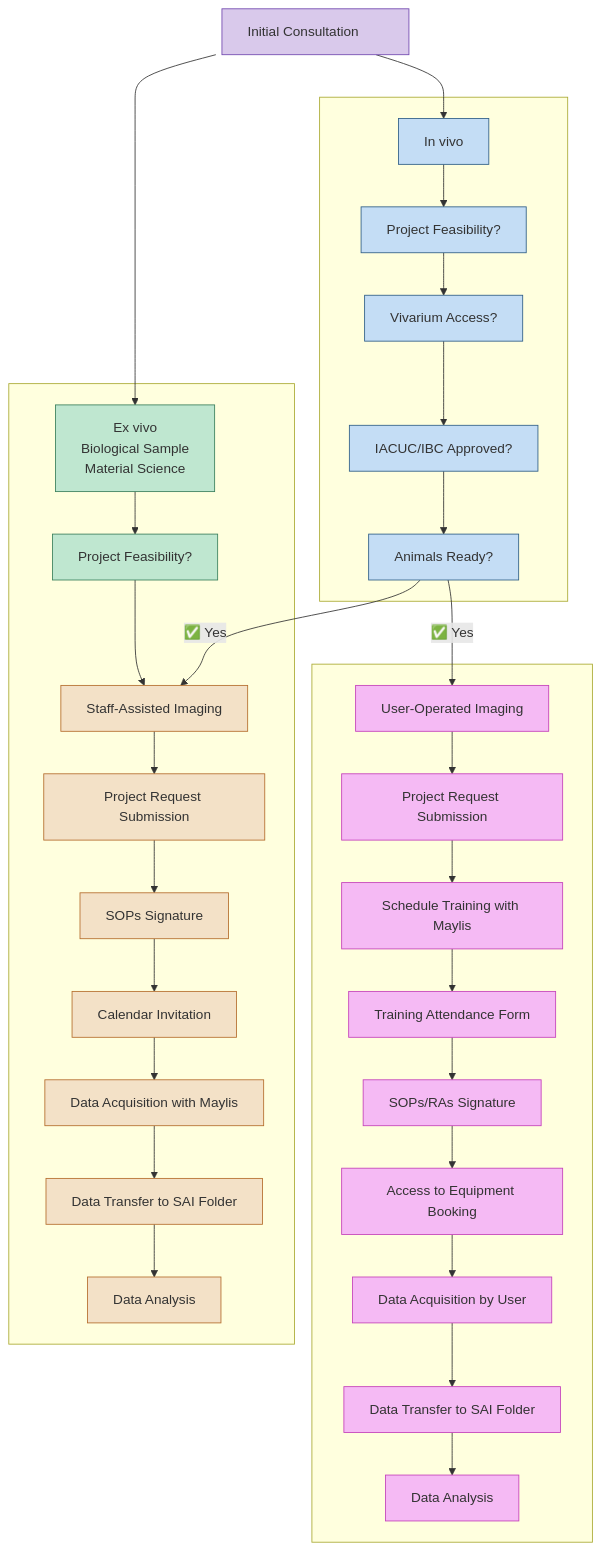
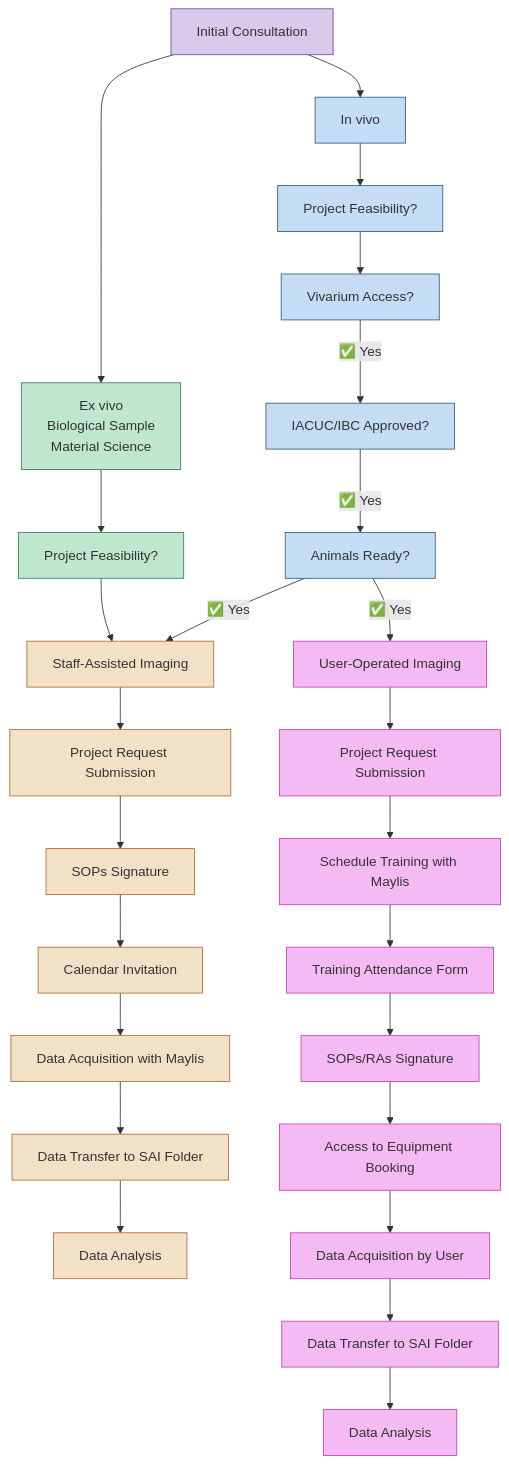
The diagram in docs/source/1-lab-overview/SAI_scheduling.rst (BioMedicalImaging-Core-NYUAD/smallanimalimaging-lab-documentation), drawn with Mermaid before and after one commit.

Commit message:
font, styling

```diff
--- a/docs/source/1-lab-overview/SAI_scheduling.rst
+++ b/docs/source/1-lab-overview/SAI_scheduling.rst
@@ -8,68 +8,68 @@
 .. mermaid::
 
-    graph TD
+     graph TD
 
     %% Styles
     classDef consult fill:#d9c9eb,stroke:#7148af,stroke-width:1px;       %% Lavender purple for initial step
     classDef exvivo fill:#bfe7d0,stroke:#3a7f5c,stroke-width:1px;        %% Light sage green
     classDef invivo fill:#c4ddf5,stroke:#2f5e87,stroke-width:1px;        %% Light steel blue
-    classDef staff fill:#f3e1c7,stroke:#b56d2d,stroke-width:1px;         %% Soft beige
+    classDef staff fill:#f3e1c7,stroke:#b56b2d,stroke-width:1px;         %% Soft beige
     classDef user fill:#f5baf4,stroke:#c441ba,stroke-width:1px;          %% Bubblegum pink with magenta border
 
-    %% Central node
+    %% Nodes
     A["Initial Consultation"]:::consult
-    style A width:220px
 
-    %% Subgraph: Ex Vivo Flow
-    subgraph ExVivo[ ]
-        B["Ex vivo<br>Biological Sample<br>Material Science"]:::exvivo
-        D1["Project Feasibility?"]:::exvivo
-        E["Staff-Assisted Imaging"]:::staff
-        F["Project Request Submission"]:::staff
-        G["SOPs Signature"]:::staff
-        H["Calendar Invitation"]:::staff
-        I["Data Acquisition with Maylis"]:::staff
-        J["Data Transfer to SAI Folder"]:::staff
-        K["Data Analysis"]:::staff
-    end
+    %% Group 1: Ex vivo path
+    B["Ex vivo<br>Biological Sample<br>Material Science"]:::exvivo
+    D1["Project Feasibility?"]:::exvivo
 
-    %% Subgraph: In Vivo Flow
-    subgraph InVivo[ ]
-        C["In vivo"]:::invivo
-        L1["Project Feasibility?"]:::invivo
-        M["Vivarium Access?"]:::invivo
-        N["IACUC/IBC Approved?"]:::invivo
-        O["Animals Ready?"]:::invivo
-    end
+    %% Group 2: In vivo path
+    C["In vivo"]:::invivo
+    L1["Project Feasibility?"]:::invivo
+    M["Vivarium Access?"]:::invivo
+    N["IACUC/IBC Approved?"]:::invivo
+    O["Animals Ready?"]:::invivo
 
-    %% Subgraph: User-Operated Flow
-    subgraph UserOperated[ ]
-        P["User-Operated Imaging"]:::user
-        Q["Project Request Submission"]:::user
-        R["Schedule Training with Maylis"]:::user
-        S["Training Attendance Form"]:::user
-        T["SOPs/RAs Signature"]:::user
-        U["Access to Equipment Booking"]:::user
-        V["Data Acquisition by User"]:::user
-        W["Data Transfer to SAI Folder"]:::user
-        X["Data Analysis"]:::user
-    end
+    %% Group 3: Staff-handled
+    E["Staff-Assisted Imaging"]:::staff
+    F["Project Request Submission"]:::staff
+    G["SOPs Signature"]:::staff
+    H["Calendar Invitation"]:::staff
+    I["Data Acquisition with Maylis"]:::staff
+    J["Data Transfer to SAI Folder"]:::staff
+    K["Data Analysis"]:::staff
+
+    %% Group 4: User-operated
+    P["User-Operated Imaging"]:::user
+    Q["Project Request Submission"]:::user
+    R["Schedule Training with Maylis"]:::user
+    S["Training Attendance Form"]:::user
+    T["SOPs/RAs Signature"]:::user
+    U["Access to Equipment Booking"]:::user
+    V["Data Acquisition by User"]:::user
+    W["Data Transfer to SAI Folder"]:::user
+    X["Data Analysis"]:::user
 
     %% Flow
     A --> B
     A --> C
 
+    %% Ex vivo flow
     B --> D1 --> E
     E --> F --> G --> H --> I --> J --> K
 
-    C --> L1 --> M --> N --> O
+    %% In vivo flow
+    C --> L1 --> M
+    M --✅ Yes --> N
+    N --✅ Yes --> O
     O --✅ Yes --> E
     O --✅ Yes --> P
 
+    %% User-operated flow
     P --> Q --> R --> S --> T --> U --> V --> W --> X
 
     %% Clickable Nodes
     click A "mailto:maylis.boitet@nyu.edu"
     click Q "https://forms.gle/d3xRyphopVUj6PwW6"
     click S "https://docs.google.com/forms/d/e/1FAIpQLScLW1MOvo-9aAwX2_04FcyLGPR9xtDso9hu9SEixUy2VzuAiw/viewform"
     click U "https://corelabs.abudhabi.nyu.edu/"
```
